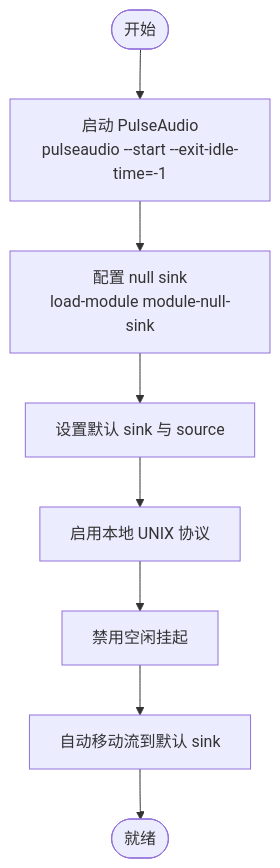
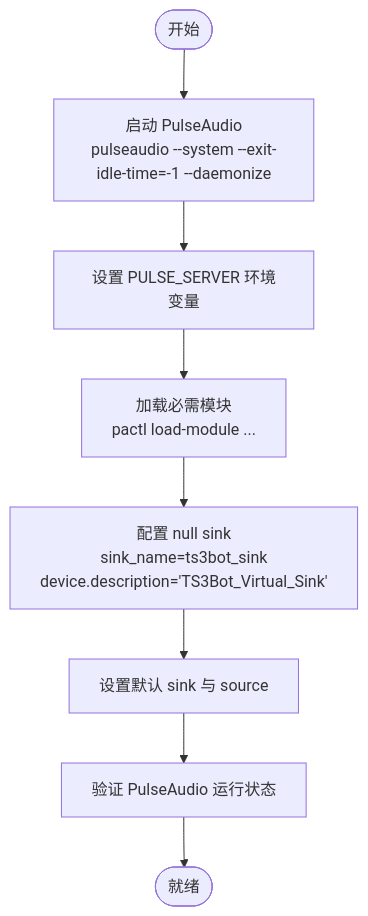
The third of 7 diagrams in .qoder/repowiki/zh/content/部署和运维/环境配置.md (GhoulOwl/Teamspeak3_Bot), drawn with Mermaid before and after one commit. The commit also changed other lines of this file and 8 other files, not shown here.

````diff
--- a/.qoder/repowiki/zh/content/部署和运维/环境配置.md
+++ b/.qoder/repowiki/zh/content/部署和运维/环境配置.md
@@ -157,10 +152,10 @@
 ```mermaid
 flowchart TD
-Start(["开始"]) --> LaunchPA["启动 PulseAudio<br/>pulseaudio --start --exit-idle-time=-1"]
-LaunchPA --> Configure["配置 null sink<br/>load-module module-null-sink"]
+Start(["开始"]) --> LaunchPA["启动 PulseAudio<br/>pulseaudio --system --exit-idle-time=-1 --daemonize"]
+LaunchPA --> SetEnv["设置 PULSE_SERVER 环境变量"]
+SetEnv --> LoadModules["加载必需模块<br/>pactl load-module ..."]
+LoadModules --> Configure["配置 null sink<br/>sink_name=ts3bot_sink<br/>device.description='TS3Bot_Virtual_Sink'"]
 Configure --> SetDefault["设置默认 sink 与 source"]
-SetDefault --> LocalProto["启用本地 UNIX 协议"]
-LocalProto --> NoSuspend["禁用空闲挂起"]
-NoSuspend --> AutoMove["自动移动流到默认 sink"]
-AutoMove --> Ready(["就绪"])
+SetDefault --> Verify["验证 PulseAudio 运行状态"]
+Verify --> Ready(["就绪"])
 ```
````
